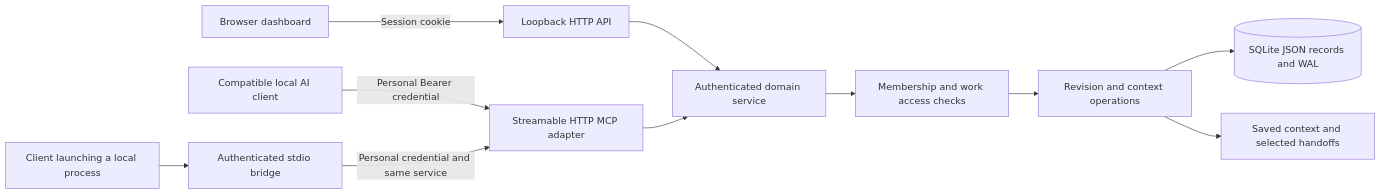
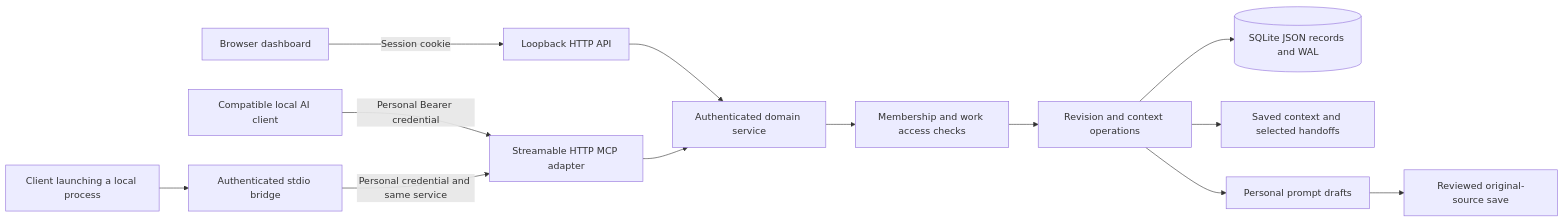
Before and after one commit to MrAkashKumar/workTether: the first of 7 diagrams in docs/ARCHITECTURE.md, drawn with Mermaid. The commit also changed other lines of this file and 28 other files, not shown here.

````diff
--- a/docs/ARCHITECTURE.md
+++ b/docs/ARCHITECTURE.md
@@ -9,13 +9,15 @@
 ```mermaid
 flowchart LR
   B[Browser dashboard] -->|Session cookie| H[Loopback HTTP API]
   C[Compatible local AI client] -->|Personal Bearer credential| M[Streamable HTTP MCP adapter]
   L[Client launching a local process] --> T[Authenticated stdio bridge]
   T -->|Personal credential and same service| M
   H --> D[Authenticated domain service]
   M --> D
   D --> A[Membership and work access checks]
   A --> R[Revision and context operations]
   R --> S[(SQLite JSON records and WAL)]
   R --> Q[Saved context and selected handoffs]
+  R --> P[Personal prompt drafts]
+  P --> V[Reviewed original-source save]
 ```
````
